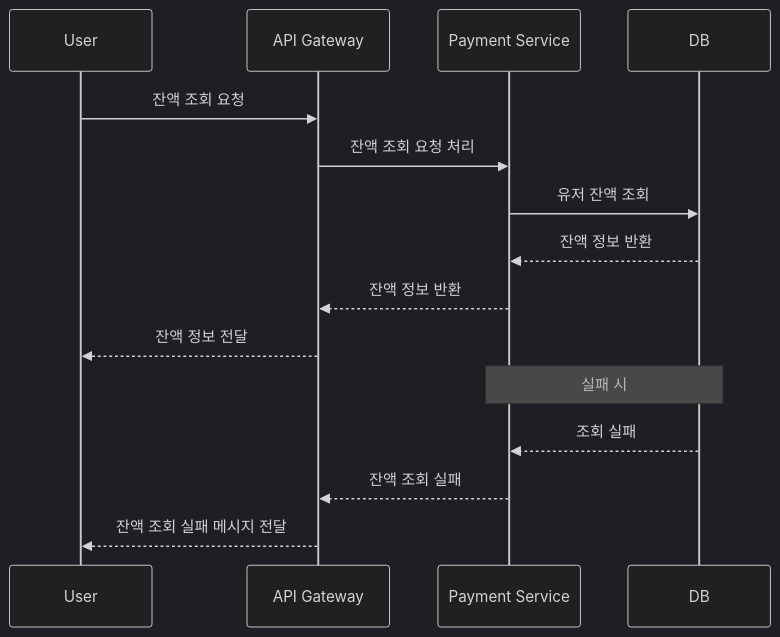
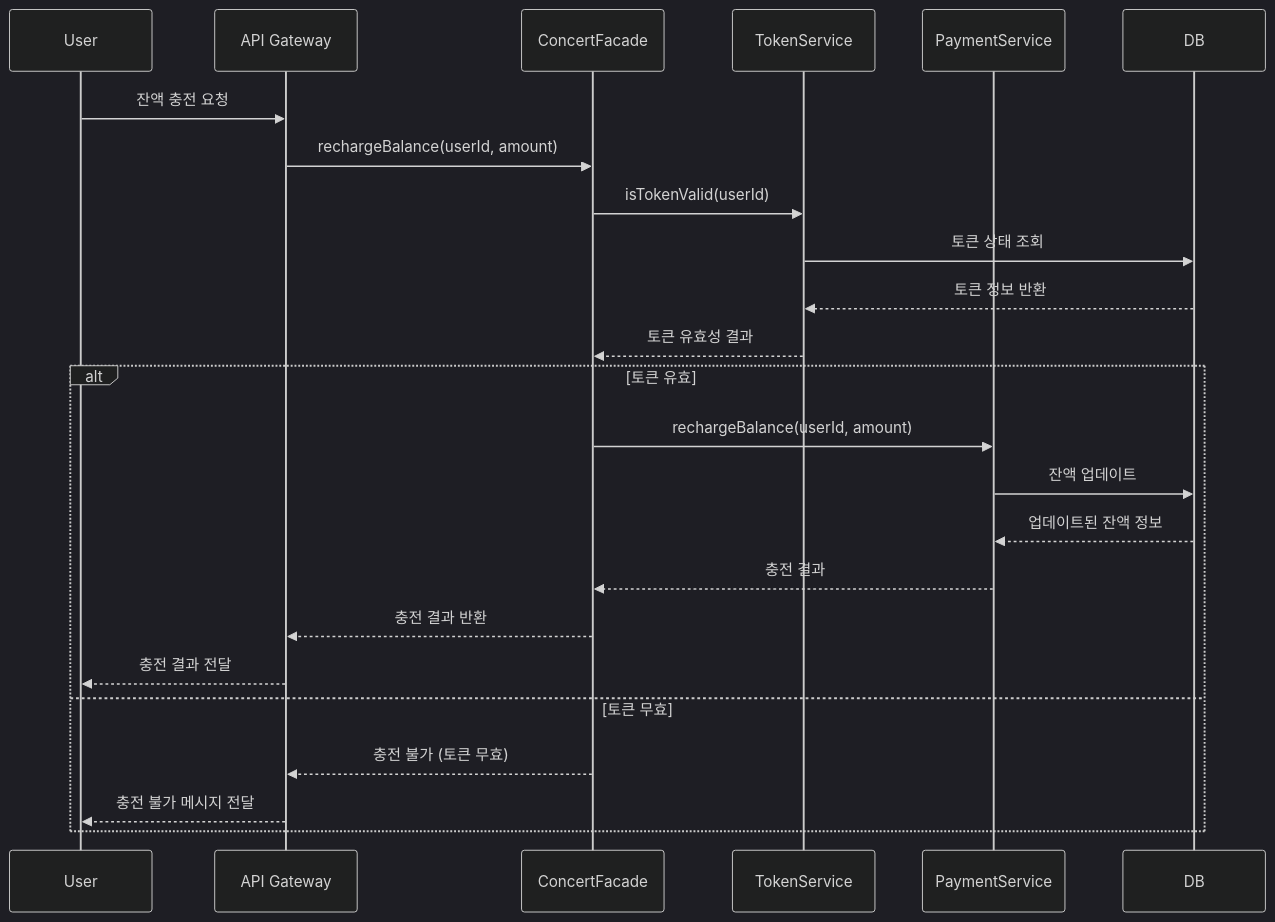
The sixth of 10 diagrams in README.md (ghwoo93/hhplus-concert-3week), drawn with Mermaid (dark theme) before and after one commit. The commit also changed other lines of this file, not shown here.

````diff
--- a/README.md
+++ b/README.md
@@ -480,19 +448,27 @@
 ```mermaid
 sequenceDiagram
     participant User
     participant API Gateway
-    participant Payment Service
+    participant ConcertFacade
+    participant TokenService
+    participant PaymentService
     participant DB
 
-    User->>API Gateway: 잔액 조회 요청
-    API Gateway->>Payment Service: 잔액 조회 요청 처리
-    Payment Service->>DB: 유저 잔액 조회
-    DB-->>Payment Service: 잔액 정보 반환
-    Payment Service-->>API Gateway: 잔액 정보 반환
-    API Gateway-->>User: 잔액 정보 전달
-
-    Note over Payment Service,DB: 실패 시
-    DB-->>Payment Service: 조회 실패
-    Payment Service-->>API Gateway: 잔액 조회 실패
-    API Gateway-->>User: 잔액 조회 실패 메시지 전달
+    User->>API Gateway: 잔액 충전 요청
+    API Gateway->>ConcertFacade: rechargeBalance(userId, amount)
+    ConcertFacade->>TokenService: isTokenValid(userId)
+    TokenService->>DB: 토큰 상태 조회
+    DB-->>TokenService: 토큰 정보 반환
+    TokenService-->>ConcertFacade: 토큰 유효성 결과
+    alt 토큰 유효
+        ConcertFacade->>PaymentService: rechargeBalance(userId, amount)
+        PaymentService->>DB: 잔액 업데이트
+        DB-->>PaymentService: 업데이트된 잔액 정보
+        PaymentService-->>ConcertFacade: 충전 결과
+        ConcertFacade-->>API Gateway: 충전 결과 반환
+        API Gateway-->>User: 충전 결과 전달
+    else 토큰 무효
+        ConcertFacade-->>API Gateway: 충전 불가 (토큰 무효)
+        API Gateway-->>User: 충전 불가 메시지 전달
+    end
 ```
````
